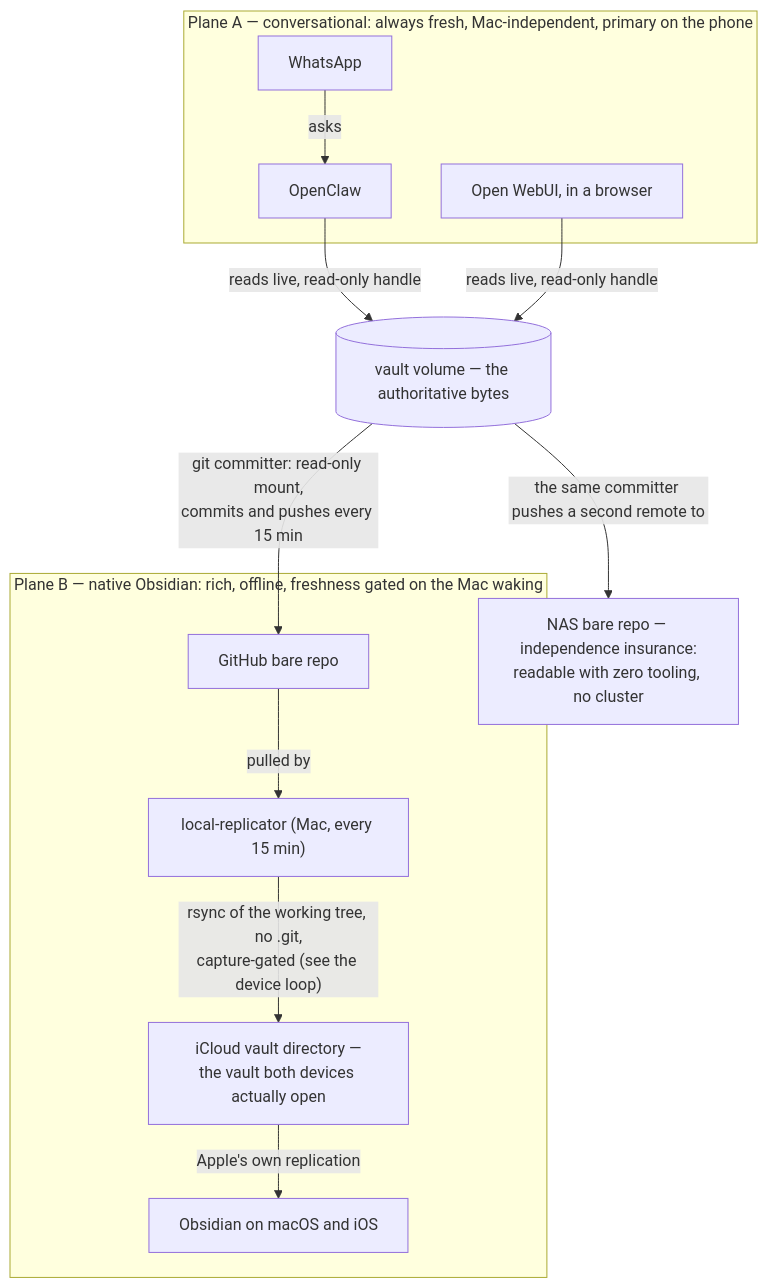
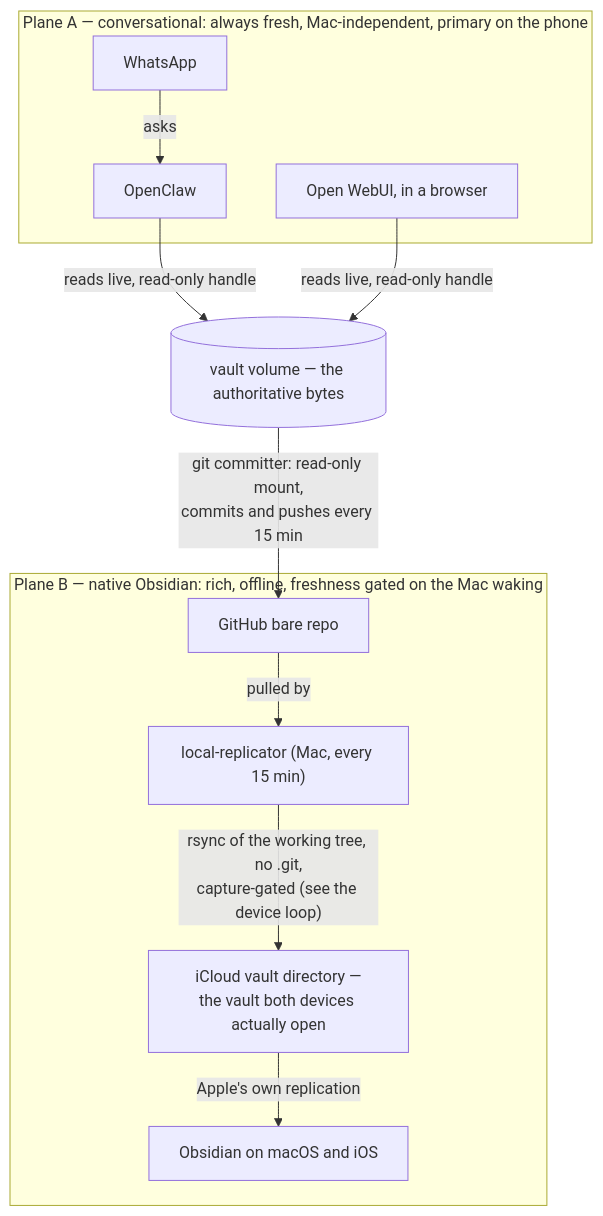
Before and after one commit to ppat/obsidian-tools: the third of 3 diagrams in DESIGN.md, drawn with Mermaid. The commit also changed other lines of this file and 4 other files, not shown here.

````diff
--- a/DESIGN.md
+++ b/DESIGN.md
@@ -394,17 +393,16 @@
 ```mermaid
 flowchart TB
     VOL[("vault volume — the authoritative bytes")]
     subgraph planeA["Plane A — conversational: always fresh, Mac-independent, primary on the phone"]
         WA["WhatsApp"] -->|"asks"| OCr["OpenClaw"]
         WEB["Open WebUI, in a browser"]
     end
     OCr -->|"reads live, read-only handle"| VOL
     WEB -->|"reads live, read-only handle"| VOL
     VOL -->|"git committer: read-only mount,<br/>commits and pushes every 15 min"| GH["GitHub bare repo"]
-    VOL -->|"the same committer pushes a second remote to"| NAS["NAS bare repo — independence insurance:<br/>readable with zero tooling, no cluster"]
     subgraph planeB["Plane B — native Obsidian: rich, offline, freshness gated on the Mac waking"]
         GH -->|"pulled by"| LRr["local-replicator (Mac, every 15 min)"]
         LRr -->|"rsync of the working tree, no .git,<br/>capture-gated (see the device loop)"| IC["iCloud vault directory —<br/>the vault both devices actually open"]
         IC -->|"Apple's own replication"| DEV["Obsidian on macOS and iOS"]
     end
 ```
````
